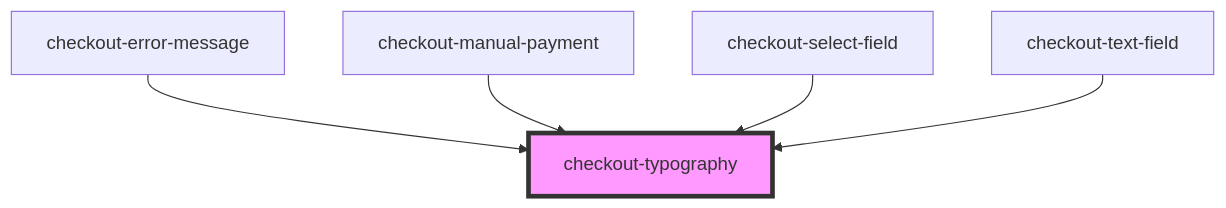
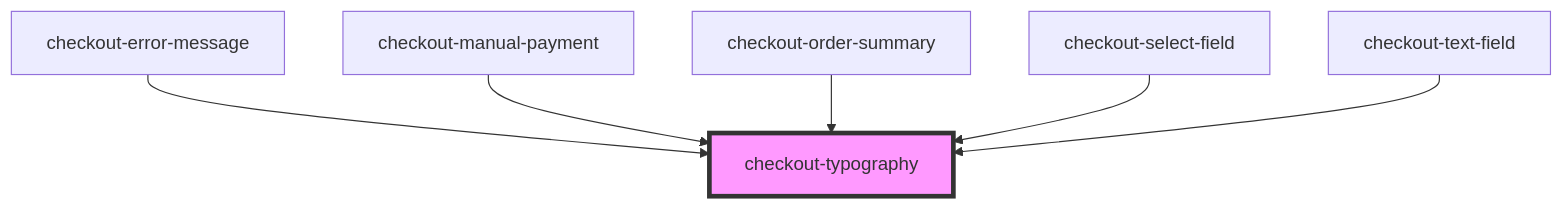
Before and after one commit to plughacker/malga-checkout: the diagram in packages/common/src/components/checkout-typography/readme.md, drawn with Mermaid. The commit also changed other lines of this file and 19 other files, not shown here.

````diff
--- a/packages/common/src/components/checkout-typography/readme.md
+++ b/packages/common/src/components/checkout-typography/readme.md
@@ -28,8 +29,9 @@
 ```mermaid
 graph TD;
   checkout-error-message --> checkout-typography
   checkout-manual-payment --> checkout-typography
+  checkout-order-summary --> checkout-typography
   checkout-select-field --> checkout-typography
   checkout-text-field --> checkout-typography
   style checkout-typography fill:#f9f,stroke:#333,stroke-width:4px
 ```
````
